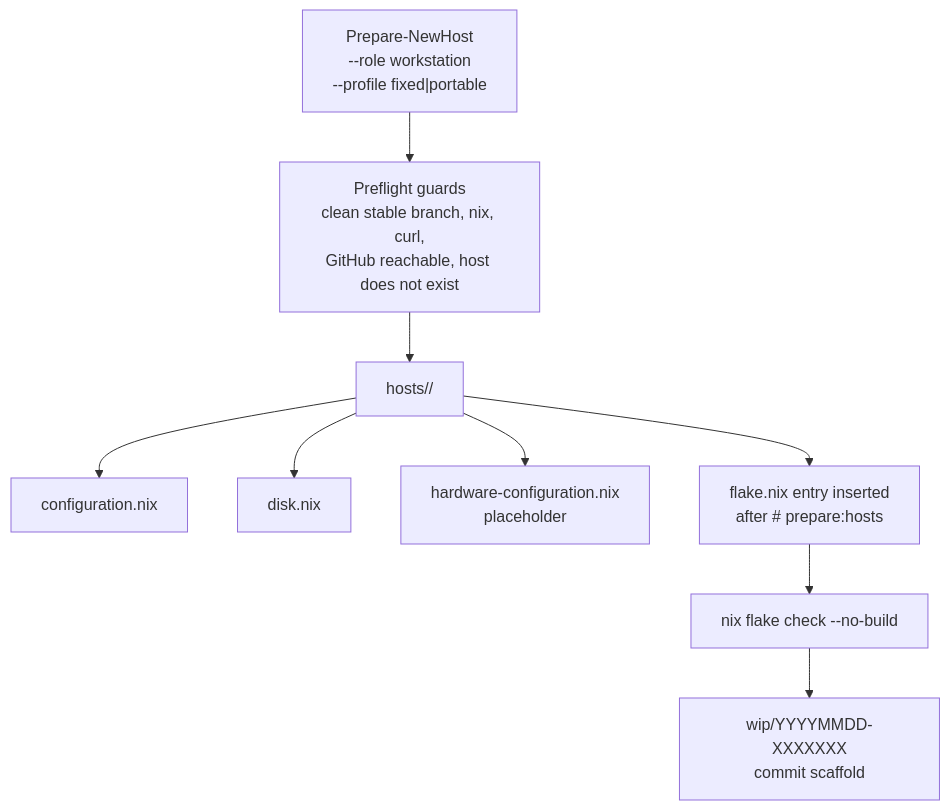
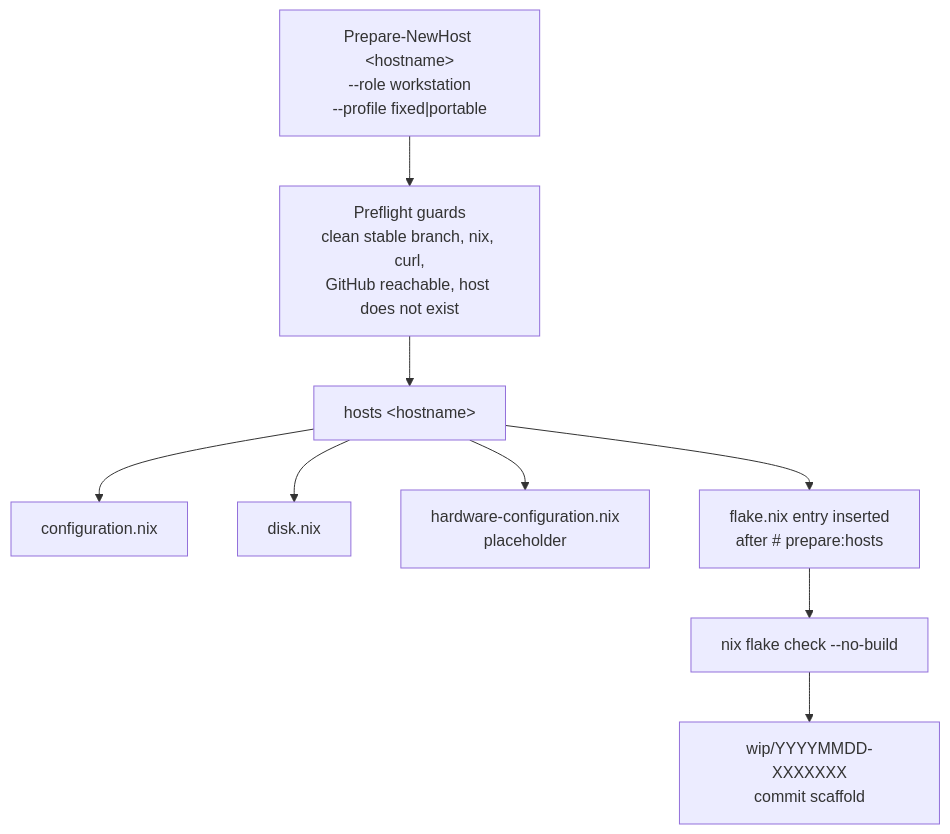
One commit to axler8r/nixotic changed the first of 8 diagrams in docs/workstation-configuration-route.md. Above: the diagram before and after it, drawn with Mermaid.

Commit message:
defect(docs): escape angle brackets in workstation-configuration-route mermaid labels
defect:
  - Prepare-NewHost and hosts/<hostname>/ node labels render literally instead of being parsed as HTML tags in the mermaid flowchart

````diff
--- a/docs/workstation-configuration-route.md
+++ b/docs/workstation-configuration-route.md
@@ -31,21 +31,21 @@
 ```mermaid
 flowchart TD
-    Command["Prepare-NewHost <hostname>\n--role workstation\n--profile fixed|portable"]
+    Command["Prepare-NewHost &lt;hostname&gt;\n--role workstation\n--profile fixed|portable"]
     Guards["Preflight guards\nclean stable branch, nix, curl,\nGitHub reachable, host does not exist"]
-    HostDir["hosts/<hostname>/"]
+    HostDir["hosts &lt;hostname&gt;"]
     Config["configuration.nix"]
     Disk["disk.nix"]
     Hardware["hardware-configuration.nix\nplaceholder"]
     FlakeEdit["flake.nix entry inserted\nafter # prepare:hosts"]
     Check["nix flake check --no-build"]
     Branch["wip/YYYYMMDD-XXXXXXX\ncommit scaffold"]
 
     Command --> Guards
     Guards --> HostDir
     HostDir --> Config
     HostDir --> Disk
     HostDir --> Hardware
     HostDir --> FlakeEdit
     FlakeEdit --> Check
     Check --> Branch
 ```
````
